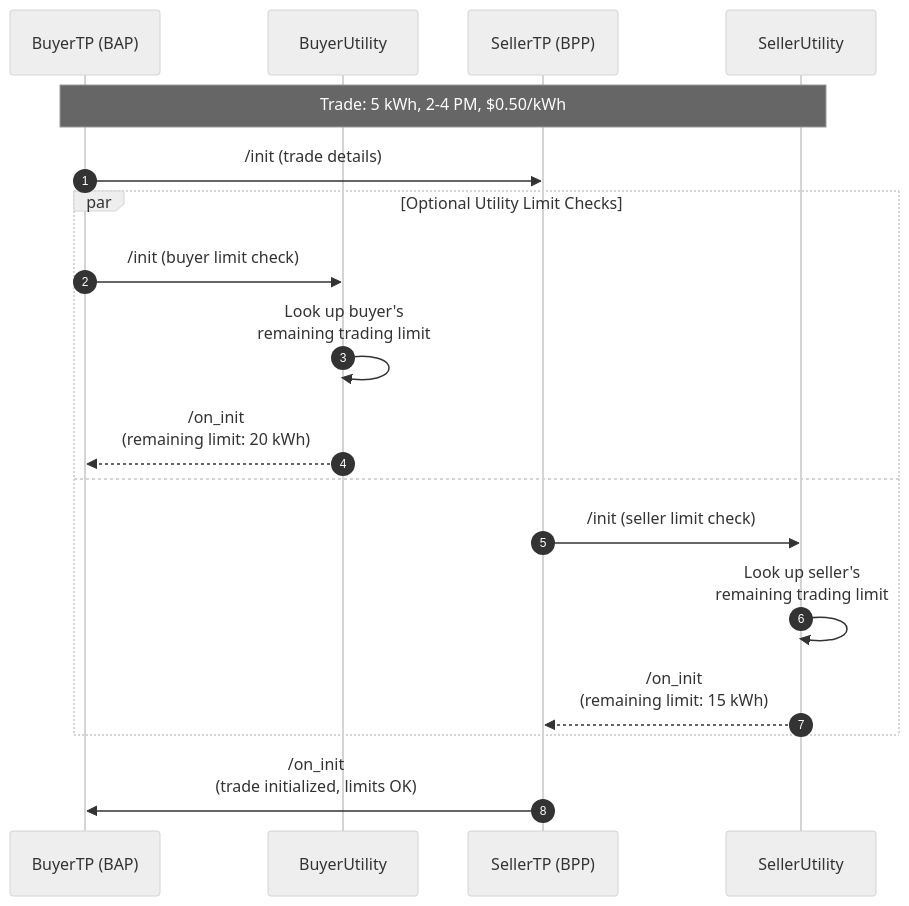
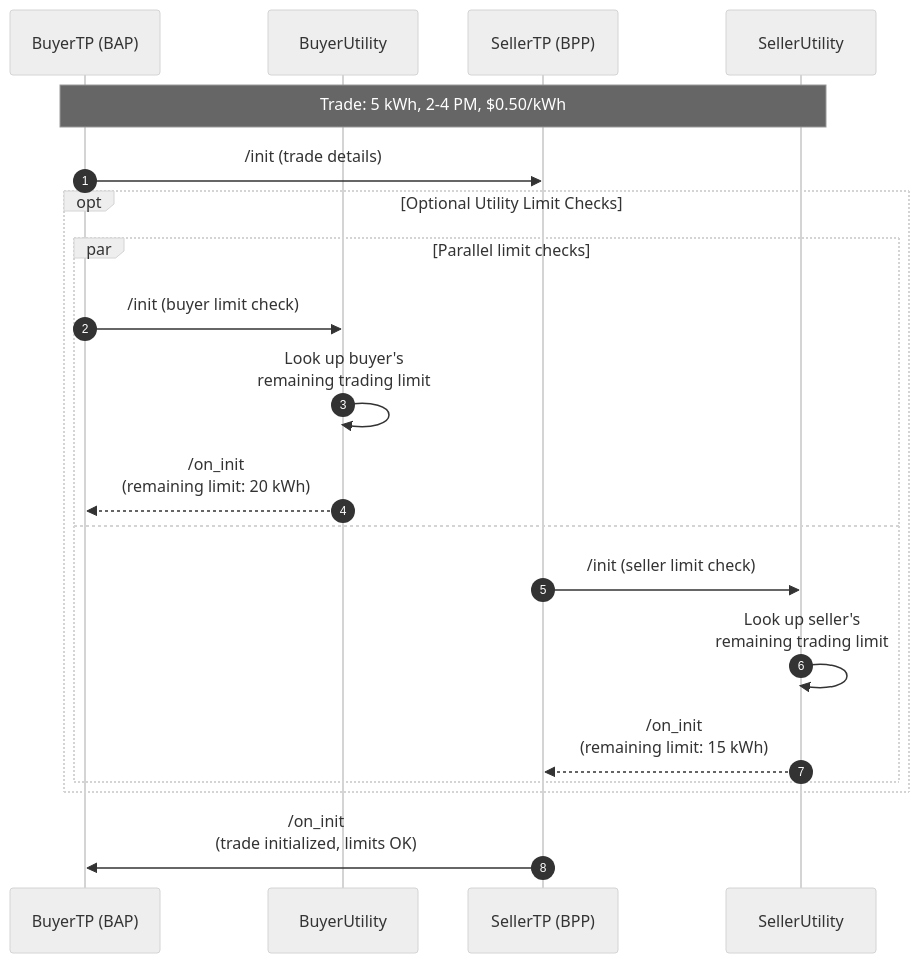
One commit to beckn/DEG changed the third of 9 diagrams in docs/implementation-guides/v2/P2P_Trading/Inter_energy_retailer_P2P_trading_alt_draft.md. Above: the diagram before and after it, drawn with Mermaid (neutral theme). The commit also changed other lines of this file, not shown here.

Commit message:
refined flows in sequence diagram in decentralized ledger

````diff
--- a/docs/implementation-guides/v2/P2P_Trading/Inter_energy_retailer_P2P_trading_alt_draft.md
+++ b/docs/implementation-guides/v2/P2P_Trading/Inter_energy_retailer_P2P_trading_alt_draft.md
@@ -152,24 +199,26 @@
 ```mermaid
 sequenceDiagram
     autonumber
     participant BuyerTP as BuyerTP (BAP)
     participant BuyerUtility as BuyerUtility
     participant SellerTP as SellerTP (BPP)
     participant SellerUtility as SellerUtility
 
     Note over BuyerTP,SellerUtility: Trade: 5 kWh, 2-4 PM, $0.50/kWh
 
     BuyerTP->>SellerTP: /init (trade details)
 
-    par Optional Utility Limit Checks
-        BuyerTP->>BuyerUtility: /init (buyer limit check)
-        BuyerUtility->>BuyerUtility: Look up buyer's<br/>remaining trading limit
-        BuyerUtility-->>BuyerTP: /on_init<br/>(remaining limit: 20 kWh)
-    and
-        SellerTP->>SellerUtility: /init (seller limit check)
-        SellerUtility->>SellerUtility: Look up seller's<br/>remaining trading limit
-        SellerUtility-->>SellerTP: /on_init<br/>(remaining limit: 15 kWh)
+    opt Optional Utility Limit Checks
+        par Parallel limit checks
+            BuyerTP->>BuyerUtility: /init (buyer limit check)
+            BuyerUtility->>BuyerUtility: Look up buyer's<br/>remaining trading limit
+            BuyerUtility-->>BuyerTP: /on_init<br/>(remaining limit: 20 kWh)
+        and
+            SellerTP->>SellerUtility: /init (seller limit check)
+            SellerUtility->>SellerUtility: Look up seller's<br/>remaining trading limit
+            SellerUtility-->>SellerTP: /on_init<br/>(remaining limit: 15 kWh)
+        end
     end
 
     SellerTP->>BuyerTP: /on_init<br/>(trade initialized, limits OK)
 ```
````
